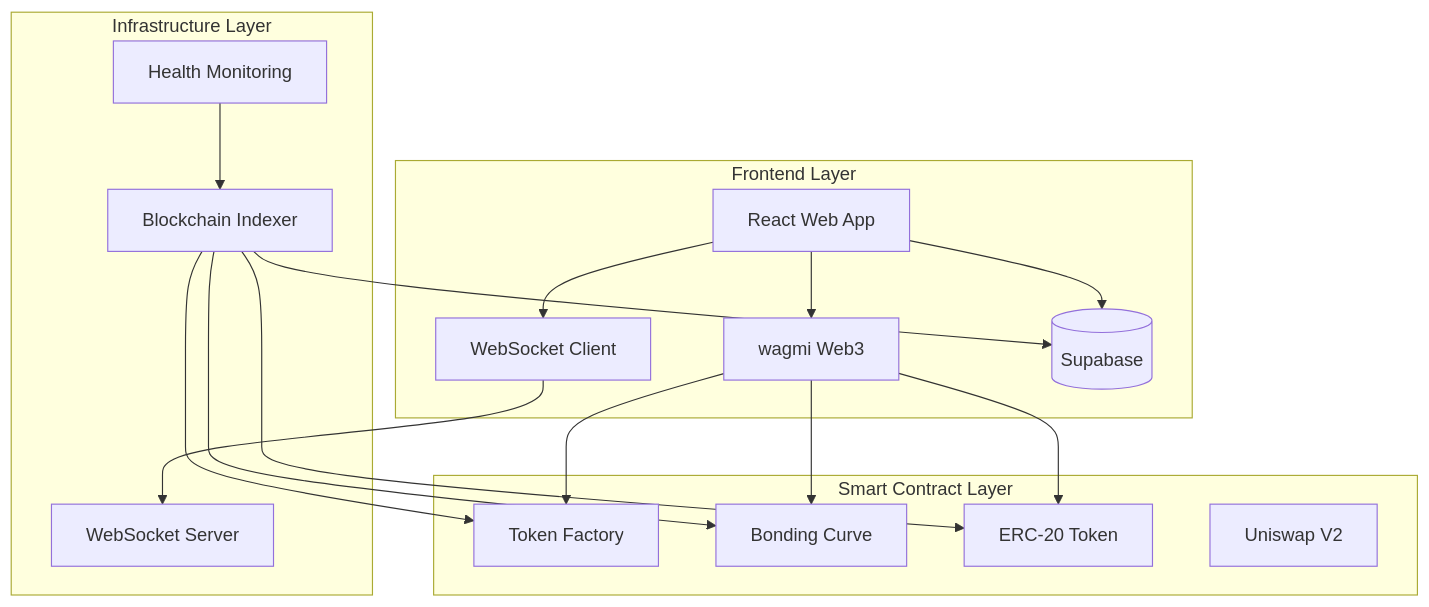
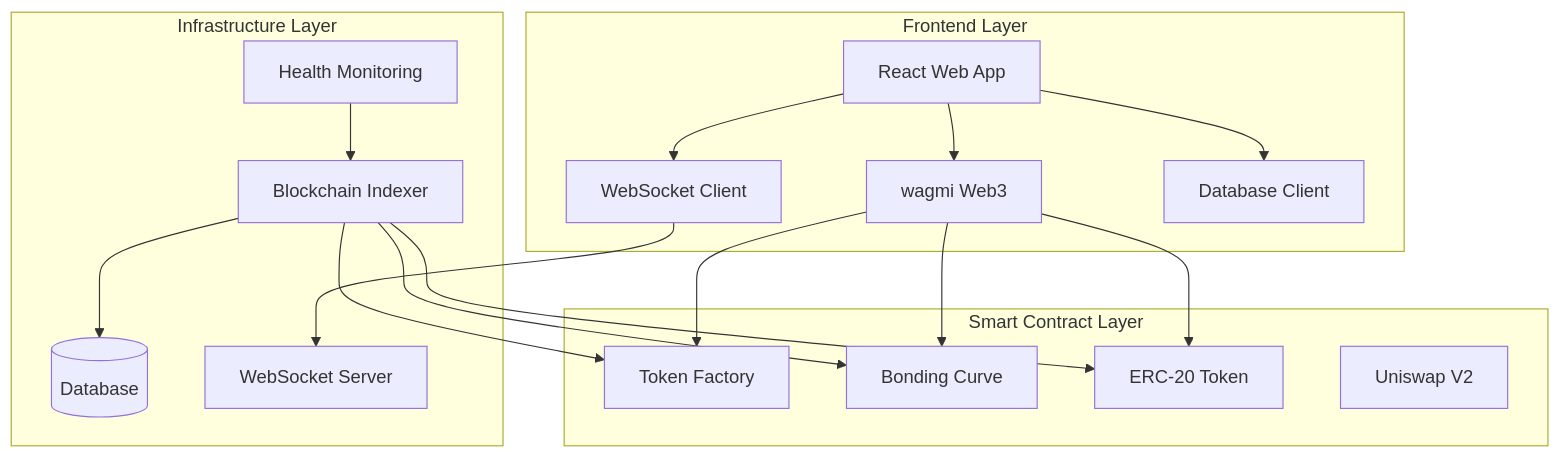
One commit to RavoEth/RAVO-DOC changed the diagram in README.md. Above: the diagram before and after it, drawn with Mermaid. The commit also changed other lines of this file and 30 other files, not shown here.

````diff
--- a/README.md
+++ b/README.md
@@ -60,36 +56,36 @@
 ```mermaid
 graph TB
     subgraph "Frontend Layer"
         WEB[React Web App]
         WAGMI[wagmi Web3]
         WS_CLIENT[WebSocket Client]
-        SUPABASE[Supabase Client]
+        DB_CLIENT[Database Client]
     end
 
     subgraph "Smart Contract Layer"
         TF[Token Factory]
         BC[Bonding Curve]
         TKN[ERC-20 Token]
         UNI[Uniswap V2]
     end
 
     subgraph "Infrastructure Layer"
         IDX[Blockchain Indexer]
-        SUPABASE[(Supabase)]
+        DATABASE[(Database)]
         WS_SERV[WebSocket Server]
         MON[Health Monitoring]
     end
 
     WEB --> WAGMI
     WEB --> WS_CLIENT
-    WEB --> SUPABASE
+    WEB --> DB_CLIENT
     WAGMI --> TF
     WAGMI --> BC
     WAGMI --> TKN
     WS_CLIENT --> WS_SERV
     IDX --> TF
     IDX --> BC
     IDX --> TKN
-    IDX --> SUPABASE
+    IDX --> DATABASE
     MON --> IDX
 ```
````
